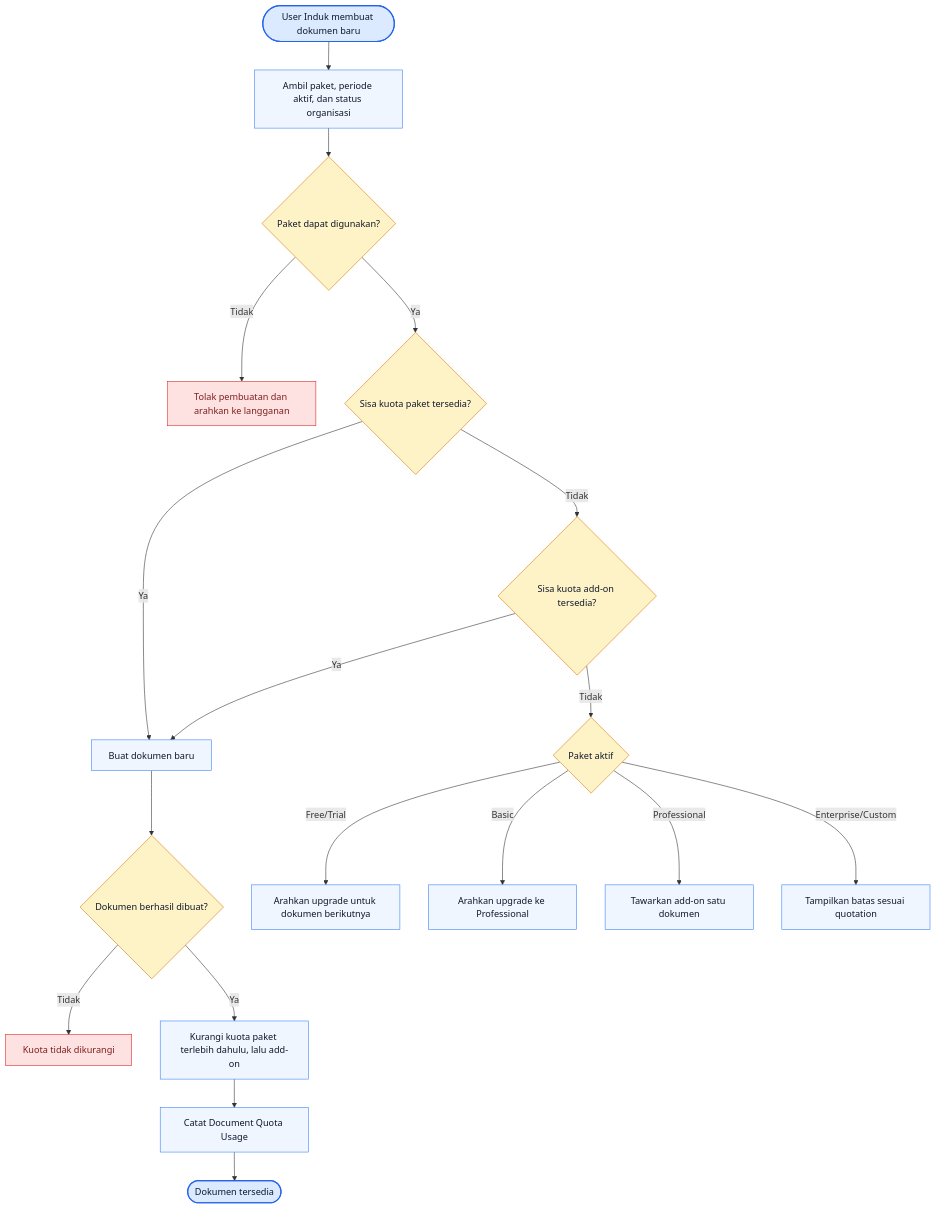
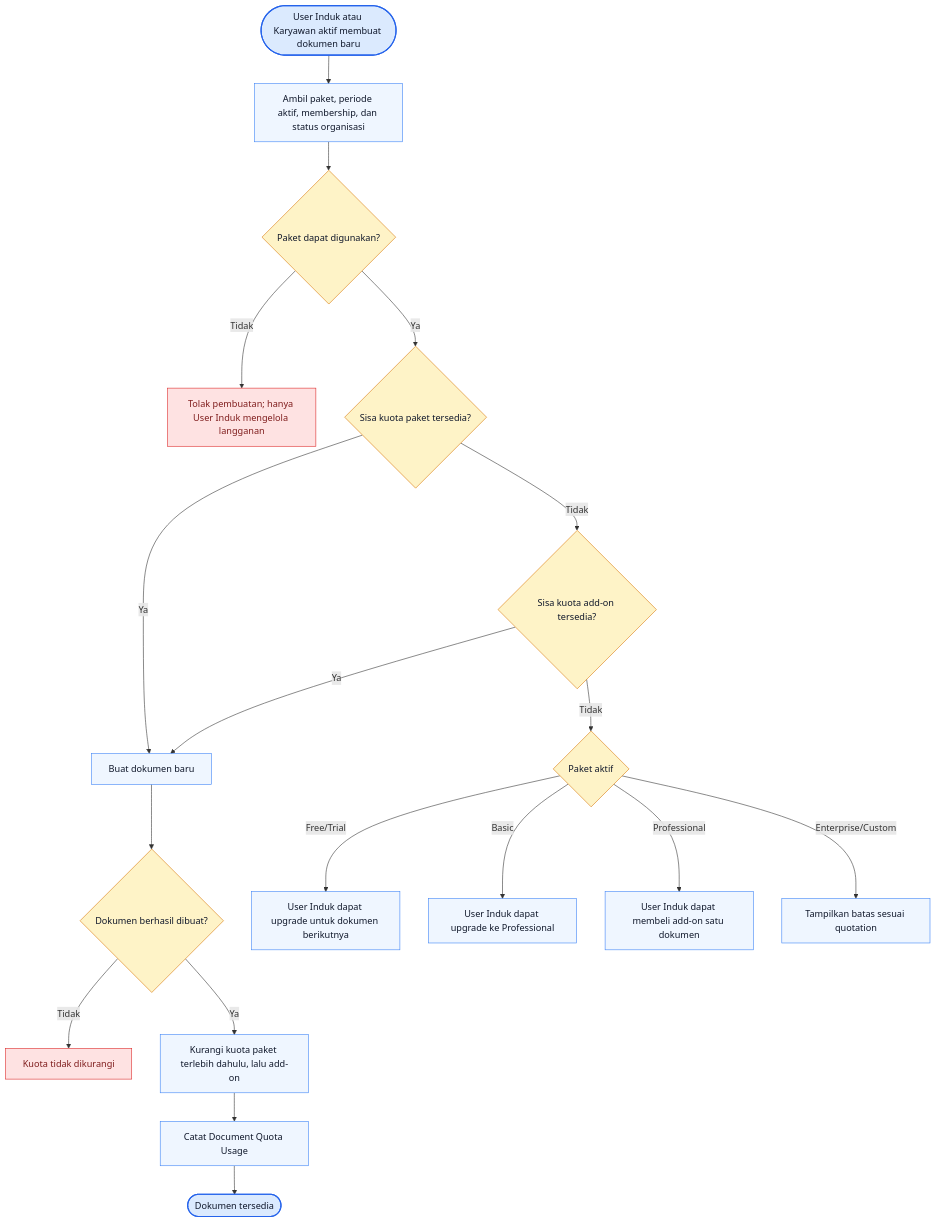
Before and after one commit to dayatmuc/tp-docs-documentation: the fourth of 11 diagrams in 01-By-System/03-Business-Flow/06-Subscription-Billing.md, drawn with Mermaid. The commit also changed other lines of this file and 35 other files, not shown here.

First line of the commit message:
feat(docs): selaraskan hak Karyawan mengelola Local File pada kedua varian

````diff
--- a/01-By-System/03-Business-Flow/06-Subscription-Billing.md
+++ b/01-By-System/03-Business-Flow/06-Subscription-Billing.md
@@ -131,29 +131,29 @@
 ```mermaid
 flowchart TD
-    QUOTA_START([User Induk membuat dokumen baru]) --> QUOTA_STATUS[Ambil paket, periode aktif, dan status organisasi]
+    QUOTA_START([User Induk atau Karyawan aktif membuat dokumen baru]) --> QUOTA_STATUS[Ambil paket, periode aktif, membership, dan status organisasi]
     QUOTA_STATUS --> QUOTA_ACTIVE{"Paket dapat digunakan?"}
-    QUOTA_ACTIVE -- "Tidak" --> QUOTA_BLOCK[Tolak pembuatan dan arahkan ke langganan]
+    QUOTA_ACTIVE -- "Tidak" --> QUOTA_BLOCK[Tolak pembuatan; hanya User Induk mengelola langganan]
     QUOTA_ACTIVE -- "Ya" --> QUOTA_PACKAGE{"Sisa kuota paket tersedia?"}
     QUOTA_PACKAGE -- "Ya" --> QUOTA_CREATE[Buat dokumen baru]
     QUOTA_PACKAGE -- "Tidak" --> QUOTA_ADDON{"Sisa kuota add-on tersedia?"}
     QUOTA_ADDON -- "Ya" --> QUOTA_CREATE
     QUOTA_ADDON -- "Tidak" --> QUOTA_PLAN{"Paket aktif"}
-    QUOTA_PLAN -- "Free/Trial" --> QUOTA_UPGRADE[Arahkan upgrade untuk dokumen berikutnya]
-    QUOTA_PLAN -- "Basic" --> QUOTA_PRO[Arahkan upgrade ke Professional]
-    QUOTA_PLAN -- "Professional" --> QUOTA_BUY[Tawarkan add-on satu dokumen]
+    QUOTA_PLAN -- "Free/Trial" --> QUOTA_UPGRADE[User Induk dapat upgrade untuk dokumen berikutnya]
+    QUOTA_PLAN -- "Basic" --> QUOTA_PRO[User Induk dapat upgrade ke Professional]
+    QUOTA_PLAN -- "Professional" --> QUOTA_BUY[User Induk dapat membeli add-on satu dokumen]
     QUOTA_PLAN -- "Enterprise/Custom" --> QUOTA_CONTRACT[Tampilkan batas sesuai quotation]
     QUOTA_CREATE --> QUOTA_SUCCESS{"Dokumen berhasil dibuat?"}
     QUOTA_SUCCESS -- "Tidak" --> QUOTA_KEEP[Kuota tidak dikurangi]
     QUOTA_SUCCESS -- "Ya" --> QUOTA_DEDUCT[Kurangi kuota paket terlebih dahulu, lalu add-on]
     QUOTA_DEDUCT --> QUOTA_USAGE[Catat Document Quota Usage]
     QUOTA_USAGE --> QUOTA_END([Dokumen tersedia])
 
     classDef startend fill:#dbeafe,stroke:#2563eb,color:#0f172a,stroke-width:2px;
     classDef process fill:#eff6ff,stroke:#3b82f6,color:#0f172a;
     classDef decision fill:#fef3c7,stroke:#d97706,color:#0f172a;
     classDef exception fill:#fee2e2,stroke:#dc2626,color:#7f1d1d;
     class QUOTA_START,QUOTA_END startend;
     class QUOTA_STATUS,QUOTA_CREATE,QUOTA_UPGRADE,QUOTA_PRO,QUOTA_BUY,QUOTA_CONTRACT,QUOTA_DEDUCT,QUOTA_USAGE process;
     class QUOTA_ACTIVE,QUOTA_PACKAGE,QUOTA_ADDON,QUOTA_PLAN,QUOTA_SUCCESS decision;
     class QUOTA_BLOCK,QUOTA_KEEP exception;
 ```
````
